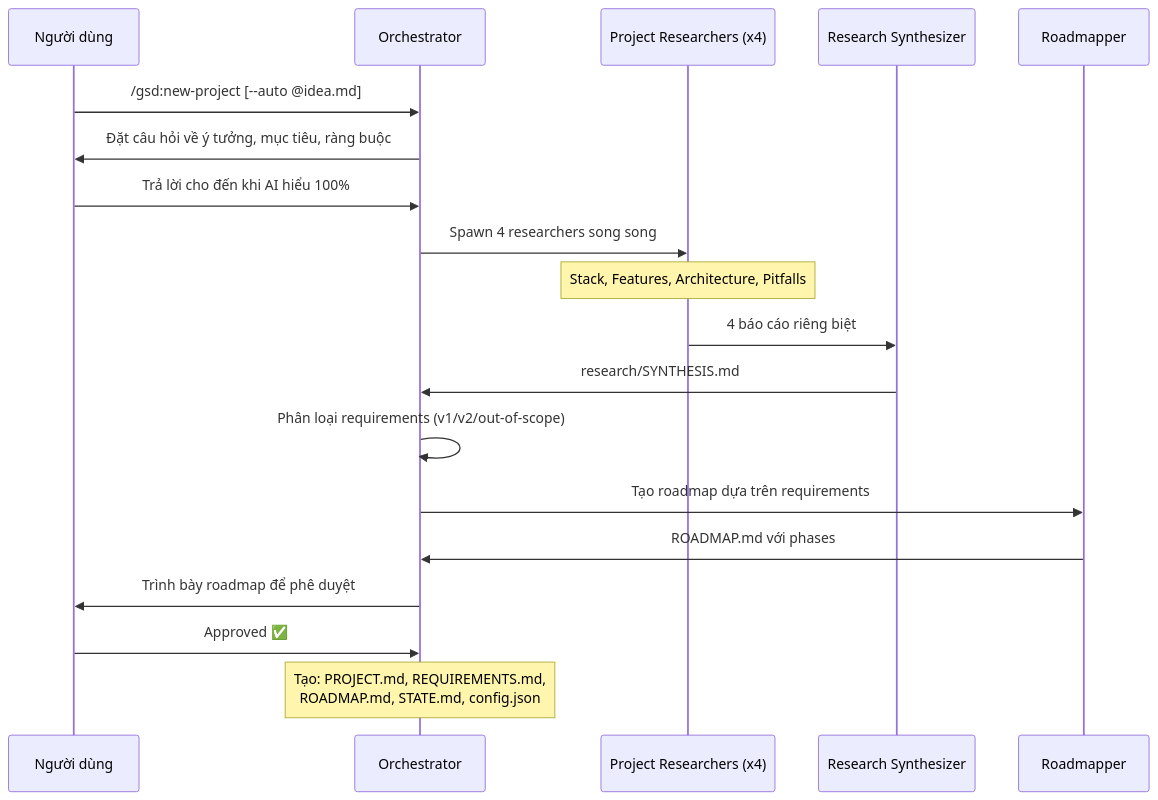
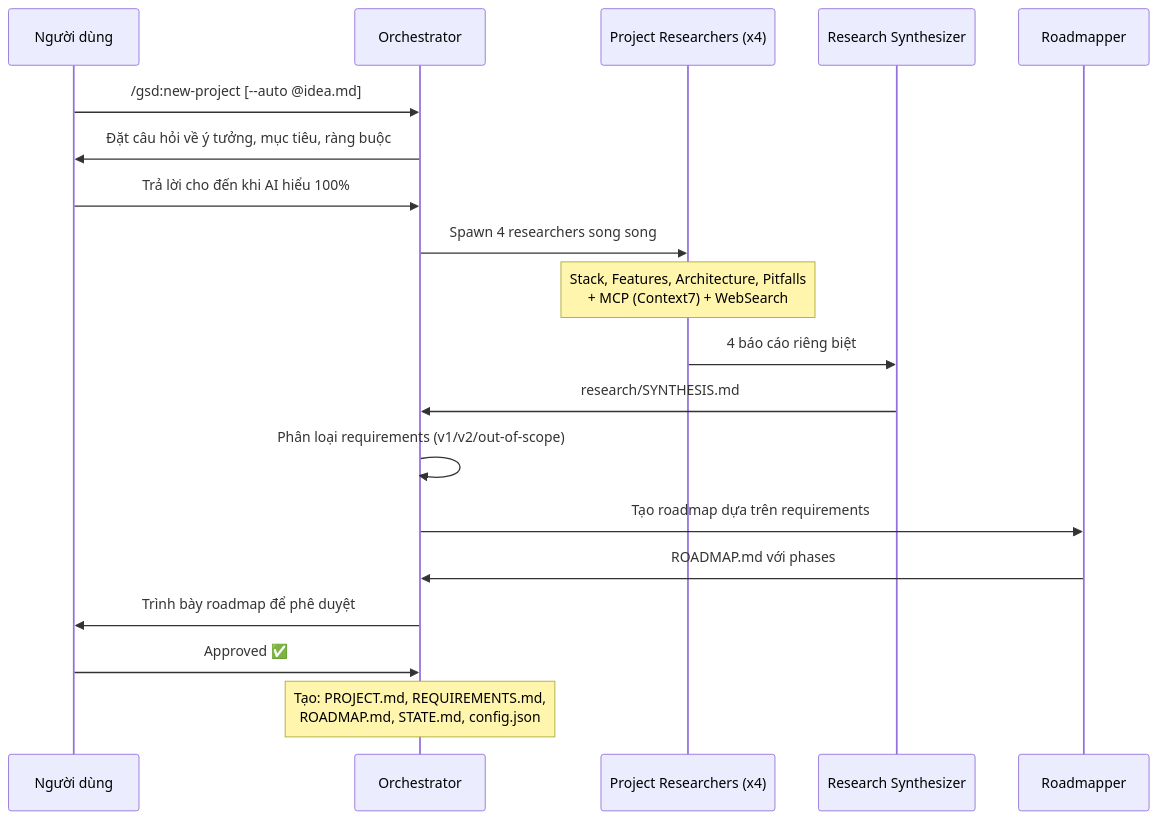
One commit to thientranhung/agentic-coding-lab changed the second of 7 diagrams in vn/get-shit-done/1. Architecture and Logic.md. Above: the diagram before and after it, drawn with Mermaid. The commit also changed other lines of this file and 14 other files, not shown here.

````diff
--- a/vn/get-shit-done/1. Architecture and Logic.md
+++ b/vn/get-shit-done/1. Architecture and Logic.md
@@ -77,25 +124,25 @@
 ```mermaid
 sequenceDiagram
     participant U as Người dùng
     participant O as Orchestrator
     participant R as Project Researchers (x4)
     participant RS as Research Synthesizer
     participant RM as Roadmapper
 
     U->>O: /gsd:new-project [--auto @idea.md]
     O->>U: Đặt câu hỏi về ý tưởng, mục tiêu, ràng buộc
     U->>O: Trả lời cho đến khi AI hiểu 100%
     
     O->>R: Spawn 4 researchers song song
-    Note over R: Stack, Features, Architecture, Pitfalls
+    Note over R: Stack, Features, Architecture, Pitfalls<br/>+ MCP (Context7) + WebSearch
     R->>RS: 4 báo cáo riêng biệt
     RS->>O: research/SYNTHESIS.md
     
     O->>O: Phân loại requirements (v1/v2/out-of-scope)
     O->>RM: Tạo roadmap dựa trên requirements
     RM->>O: ROADMAP.md với phases
     O->>U: Trình bày roadmap để phê duyệt
     U->>O: Approved ✅
     
     Note over O: Tạo: PROJECT.md, REQUIREMENTS.md,<br/>ROADMAP.md, STATE.md, config.json
 ```
````
